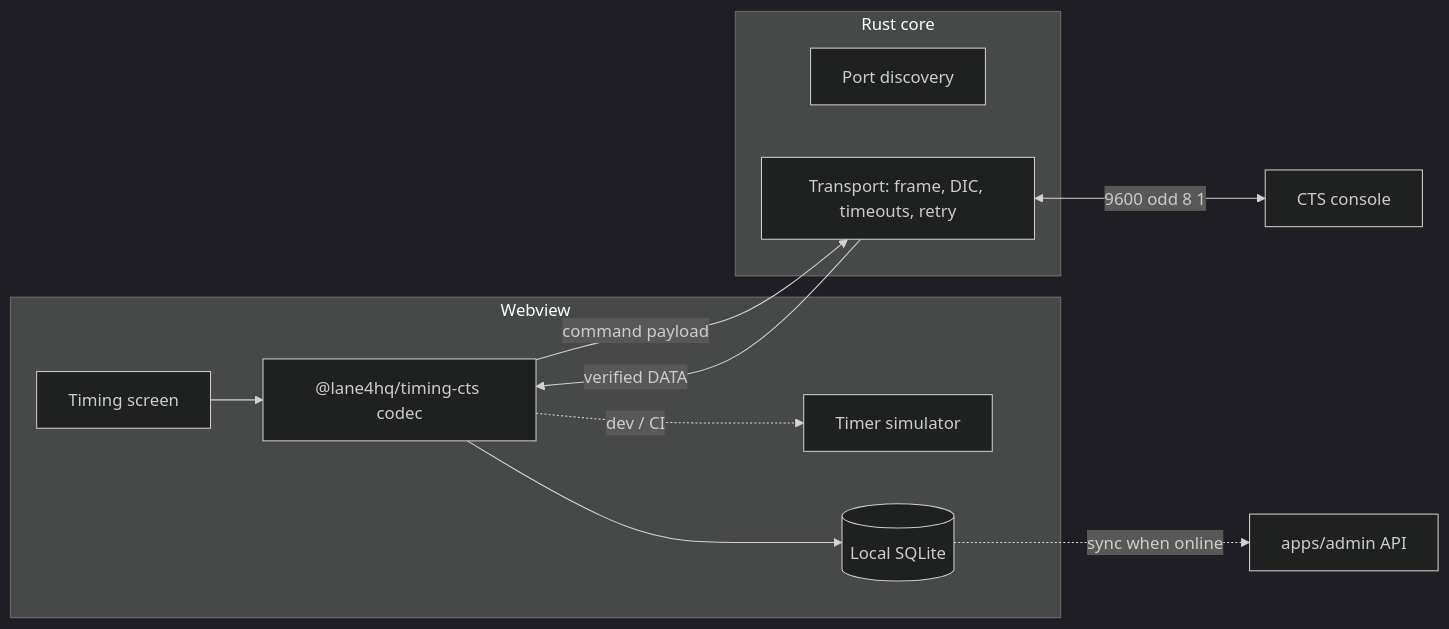
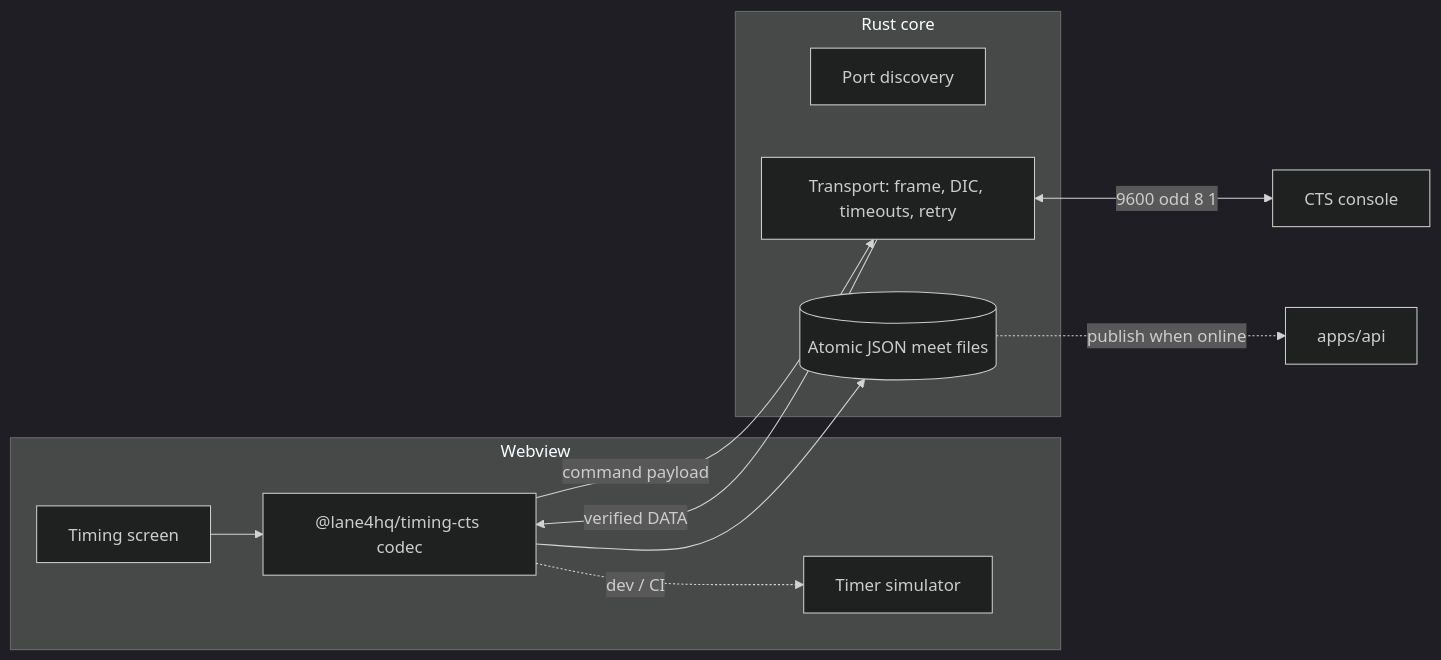
Before and after one commit to JamesSingleton/project-aqua: the diagram in docs/specs/desktop-companion-v1.spec.md, drawn with Mermaid (dark theme). The commit also changed other lines of this file and 35 other files, not shown here.

````diff
--- a/docs/specs/desktop-companion-v1.spec.md
+++ b/docs/specs/desktop-companion-v1.spec.md
@@ -161,21 +160,21 @@
 ```mermaid
 flowchart LR
   subgraph webview [Webview]
     Screen[Timing screen]
     Codec["@lane4hq/timing-cts codec"]
     Sim[Timer simulator]
-    Store[(Local SQLite)]
   end
   subgraph rust [Rust core]
     Ports[Port discovery]
     Transport["Transport: frame, DIC, timeouts, retry"]
+    Store[(Atomic JSON meet files)]
   end
   Console[CTS console]
   Screen --> Codec
   Codec -->|"command payload"| Transport
   Transport <-->|"9600 odd 8 1"| Console
   Transport -->|"verified DATA"| Codec
   Codec -.->|"dev / CI"| Sim
   Codec --> Store
-  Store -.->|"sync when online"| Admin[apps/admin API]
+  Store -.->|"publish when online"| Api[apps/api]
 ```
````
